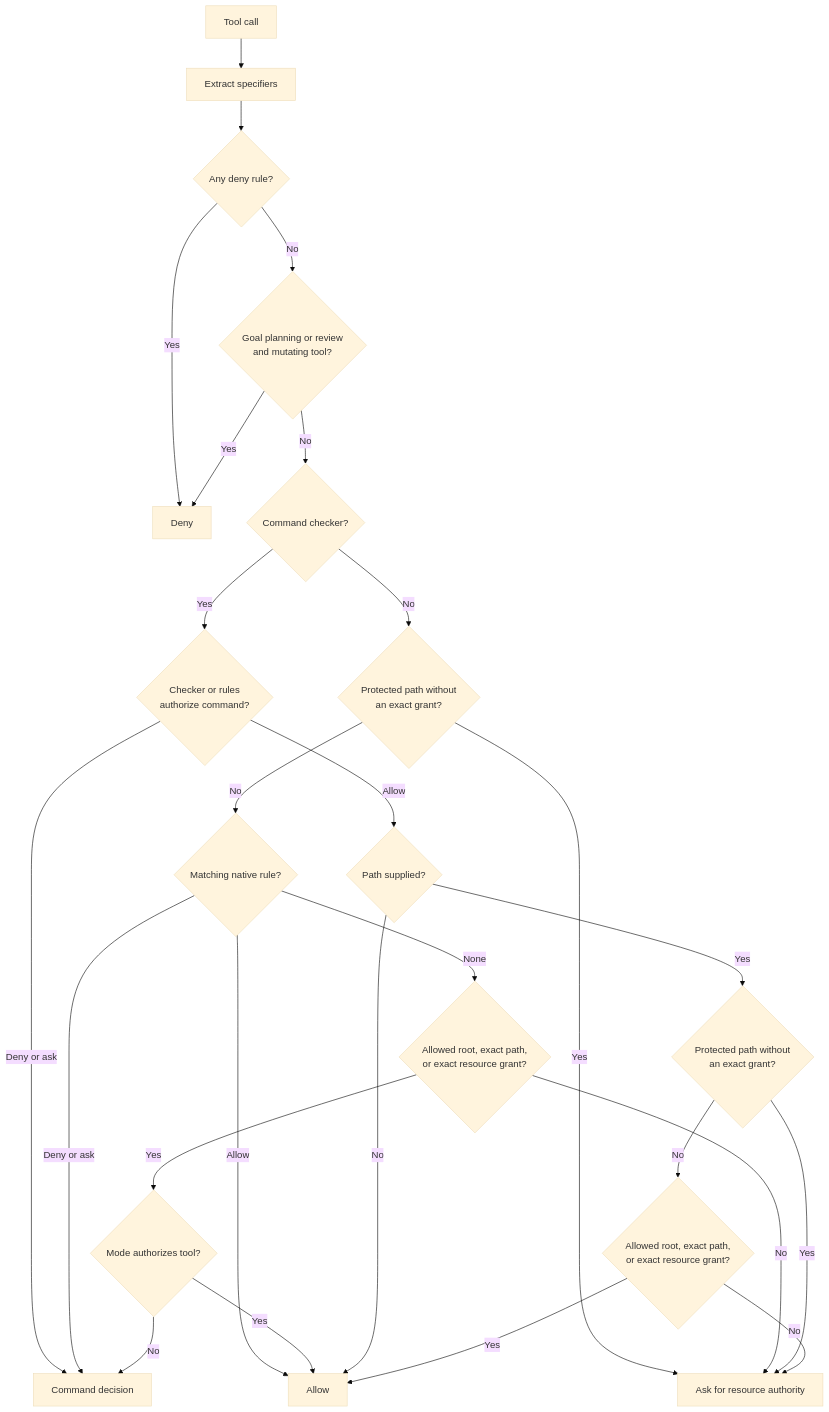
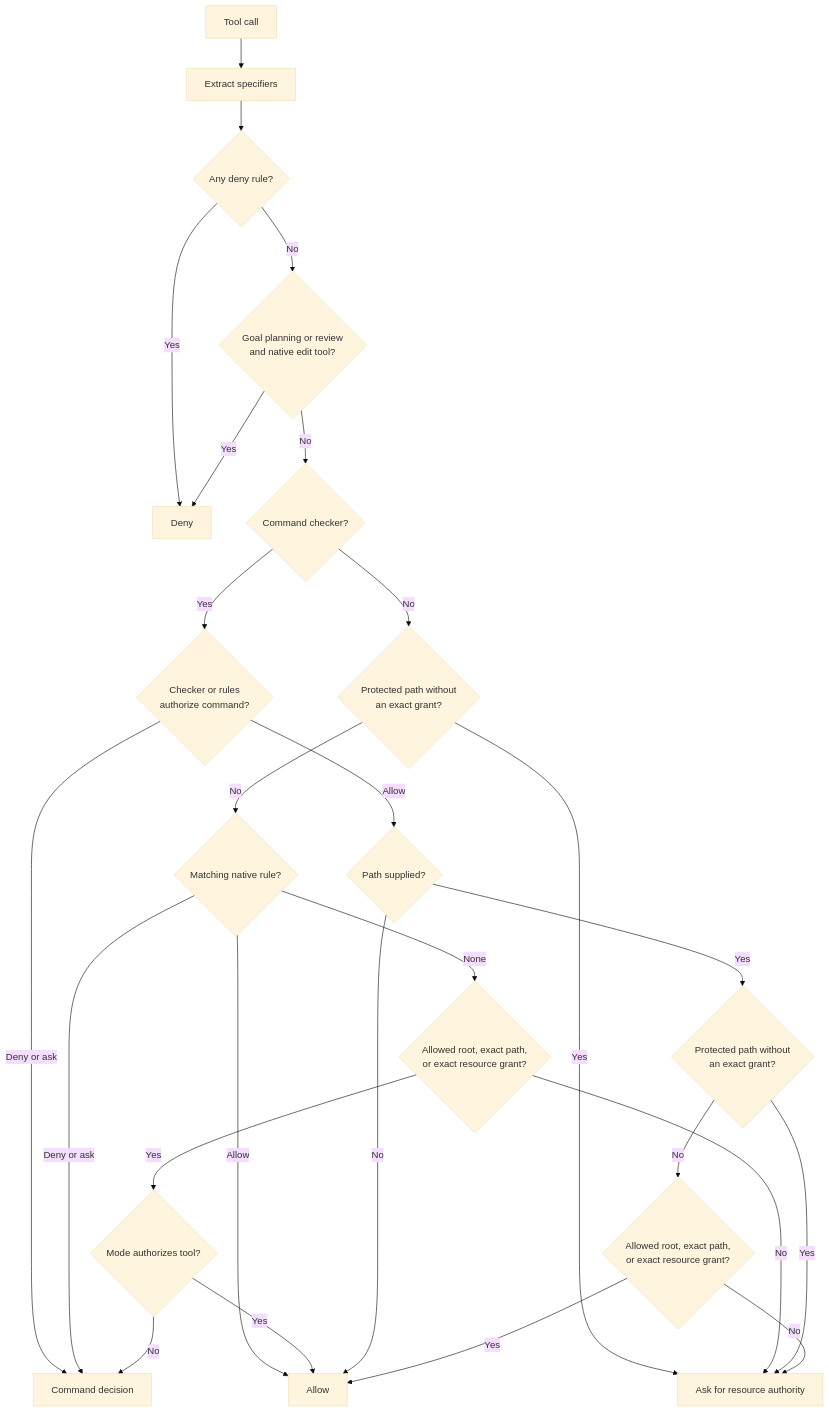
One commit to FrauH0lle/mevedel changed the diagram in docs/permissions.md. Above: the diagram before and after it, drawn with Mermaid (base theme). The commit also changed other lines of this file and 9 other files, not shown here.

````diff
--- a/docs/permissions.md
+++ b/docs/permissions.md
@@ -5,28 +5,28 @@
 ```mermaid
 flowchart TD
     A[Tool call] --> B[Extract specifiers]
     B --> C{Any deny rule?}
     C -- Yes --> Z[Deny]
-    C -- No --> D{Goal planning or review<br/>and mutating tool?}
+    C -- No --> D{Goal planning or review<br/>and native edit tool?}
     D -- Yes --> Z
     D -- No --> E{Command checker?}
     E -- Yes --> F{Checker or rules<br/>authorize command?}
     F -- Deny or ask --> Q[Command decision]
     F -- Allow --> G{Path supplied?}
     E -- No --> N{Protected path without<br/>an exact grant?}
     N -- Yes --> X[Ask for resource authority]
     N -- No --> H{Matching native rule?}
     H -- Deny or ask --> Q
     H -- Allow --> Y
     H -- None --> J{Allowed root, exact path,<br/>or exact resource grant?}
     J -- No --> X
     J -- Yes --> K{Mode authorizes tool?}
     K -- Yes --> Y
     K -- No --> Q
     G -- No --> Y[Allow]
     G -- Yes --> I{Protected path without<br/>an exact grant?}
     I -- Yes --> X[Ask for resource authority]
     I -- No --> L{Allowed root, exact path,<br/>or exact resource grant?}
     L -- Yes --> Y
     L -- No --> X
 ```
````
